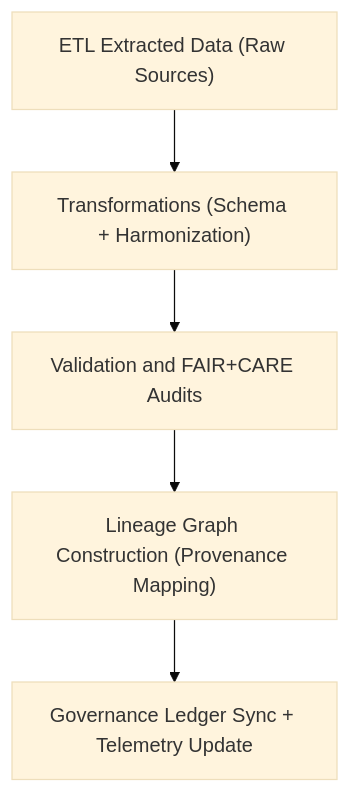
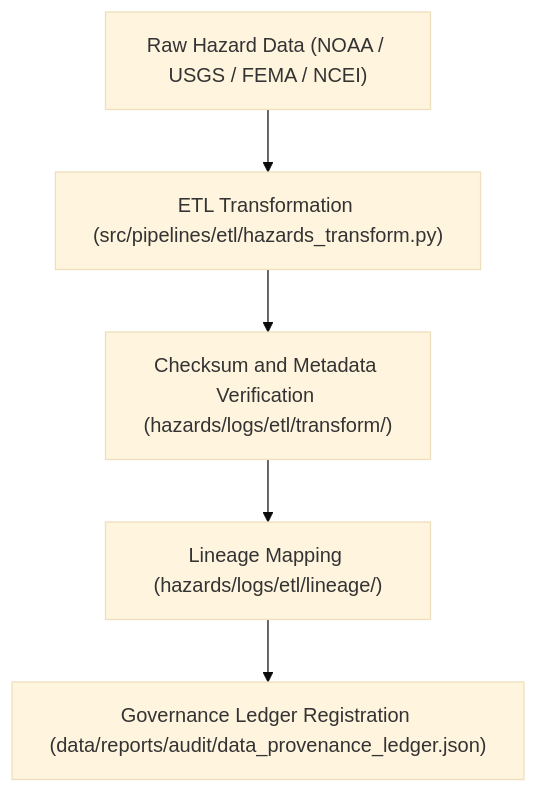
The diagram in data/work/tmp/hazards/logs/etl/lineage/README.md (bartytime4life/Kansas-Frontier-Matrix), drawn with Mermaid (base theme) before and after one commit. The commit also changed other lines of this file, not shown here.

````diff
--- a/data/work/tmp/hazards/logs/etl/lineage/README.md
+++ b/data/work/tmp/hazards/logs/etl/lineage/README.md
@@ -68,7 +64,7 @@
 ```mermaid
 flowchart TD
-    A["ETL Extracted Data (Raw Sources)"] --> B["Transformations (Schema + Harmonization)"]
-    B --> C["Validation and FAIR+CARE Audits"]
-    C --> D["Lineage Graph Construction (Provenance Mapping)"]
-    D --> E["Governance Ledger Sync + Telemetry Update"]
+    A["Raw Hazard Data (NOAA / USGS / FEMA / NCEI)"] --> B["ETL Transformation (src/pipelines/etl/hazards_transform.py)"]
+    B --> C["Checksum and Metadata Verification (hazards/logs/etl/transform/)"]
+    C --> D["Lineage Mapping (hazards/logs/etl/lineage/)"]
+    D --> E["Governance Ledger Registration (data/reports/audit/data_provenance_ledger.json)"]
 ```
````
